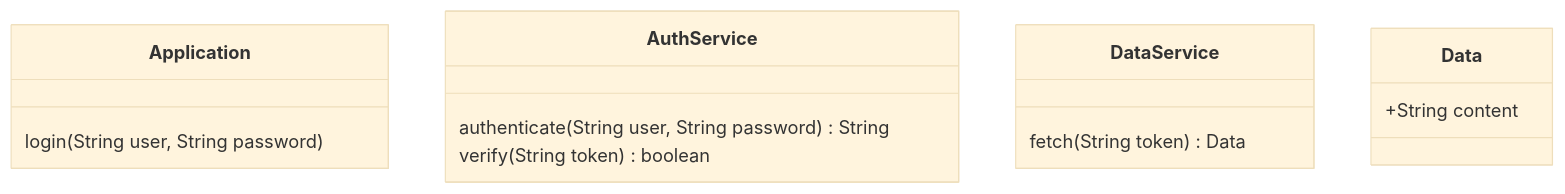
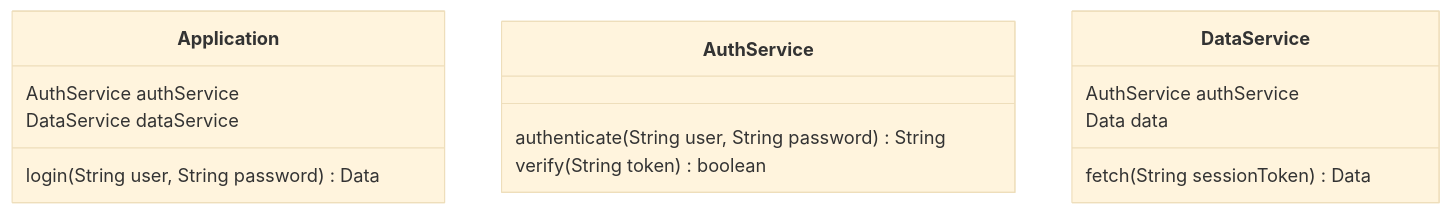
The first of 2 diagrams in example/example.md (MarmaidTranspiler/Merfolk), drawn with Mermaid (base theme) before and after one commit. The commit also changed other lines of this file and 3 other files, not shown here.

````diff
--- a/example/example.md
+++ b/example/example.md
@@ -3,11 +29,17 @@
 ```mermaid
 classDiagram
-Application : login(String user, String password)
+   Application : login(String user, String password) Data
+   Application : AuthService authService
+   Application : DataService dataService
 
-AuthService: authenticate(String user, String password) String
-AuthService: verify(String token) boolean
+   AuthService : authenticate(String user, String password) String
+   AuthService : verify(String token) boolean
 
-DataService : fetch(String token) Data
+   DataService : fetch(String sessionToken) Data
+   DataService : AuthService authService
+   DataService : Data data
 
-Data: +String content
+
+
+
 ```
````
